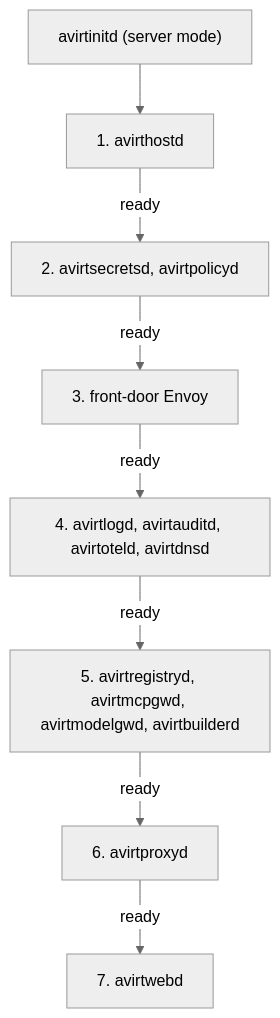
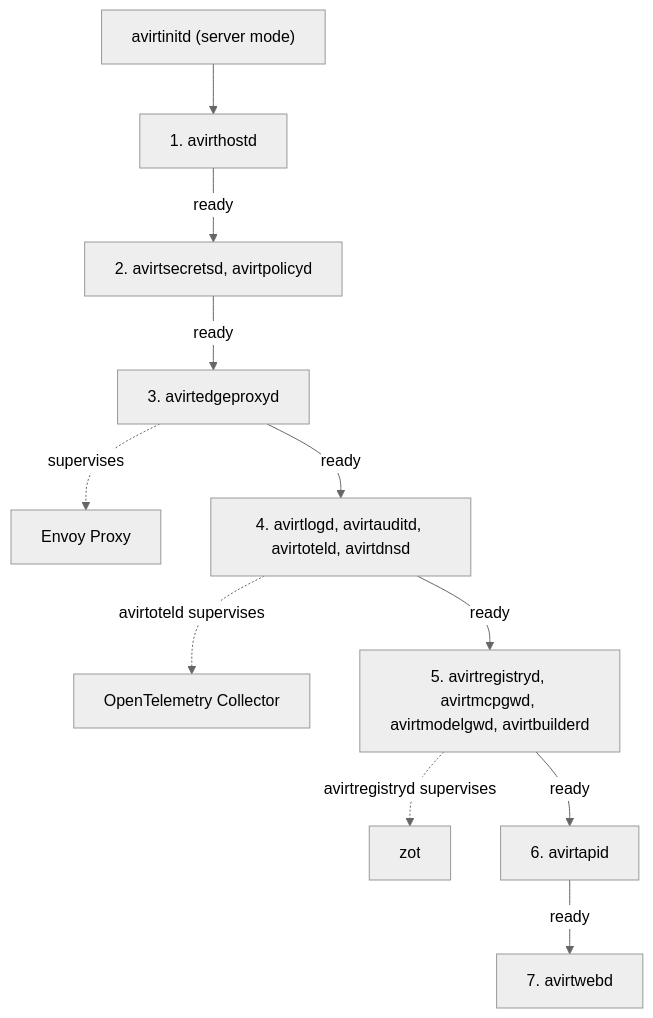
The fourth of 4 diagrams in docs/components.md (tbhb-dev/avirt), drawn with Mermaid (neutral theme) before and after one commit. The commit also changed other lines of this file and 61 other files, not shown here.

First line of the commit message:
docs: design the avirt component architecture

````diff
--- a/docs/components.md
+++ b/docs/components.md
@@ -321,18 +298,24 @@
 ```mermaid
 flowchart TD
     init["avirtinitd (server mode)"]
     hostd["1. avirthostd"]
     s2["2. avirtsecretsd, avirtpolicyd"]
-    fd["3. front-door Envoy"]
+    fd["3. avirtedgeproxyd"]
+    fdenvoy["Envoy Proxy"]
     s4["4. avirtlogd, avirtauditd, avirtoteld, avirtdnsd"]
+    col["OpenTelemetry Collector"]
     s5["5. avirtregistryd, avirtmcpgwd, avirtmodelgwd, avirtbuilderd"]
-    proxyd["6. avirtproxyd"]
+    zot["zot"]
+    apid["6. avirtapid"]
     webd["7. avirtwebd"]
     init --> hostd
     hostd -->|"ready"| s2
     s2 -->|"ready"| fd
+    fd -.->|"supervises"| fdenvoy
     fd -->|"ready"| s4
+    s4 -.->|"avirtoteld supervises"| col
     s4 -->|"ready"| s5
-    s5 -->|"ready"| proxyd
-    proxyd -->|"ready"| webd
+    s5 -.->|"avirtregistryd supervises"| zot
+    s5 -->|"ready"| apid
+    apid -->|"ready"| webd
 ```
````
